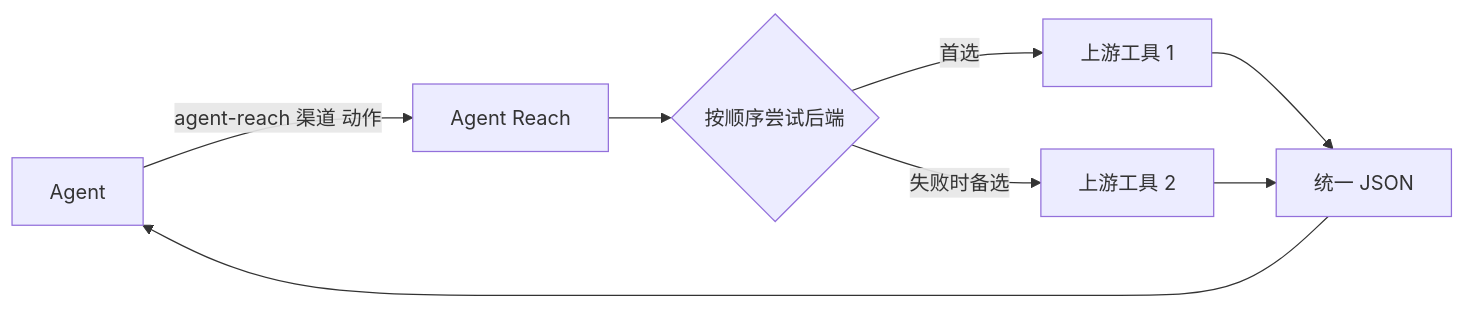
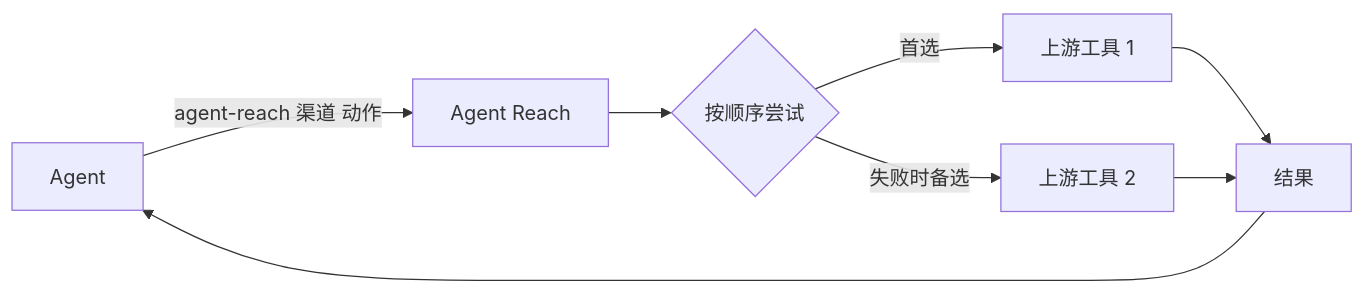
One commit to 2519286794-commits/Agent-Reach changed the diagram in README.md. Above: the diagram before and after it, drawn with Mermaid. The commit also changed other lines of this file and 4 other files, not shown here.

````diff
--- a/README.md
+++ b/README.md
@@ -145,10 +175,10 @@
 ```mermaid
 flowchart LR
     A[Agent] -->|agent-reach 渠道 动作| B[Agent Reach]
-    B --> C{按顺序尝试后端}
+    B --> C{按顺序尝试}
     C -->|首选| D[上游工具 1]
     C -->|失败时备选| E[上游工具 2]
-    D --> F[统一 JSON]
+    D --> F[结果]
     E --> F
     F --> A
 ```
````
